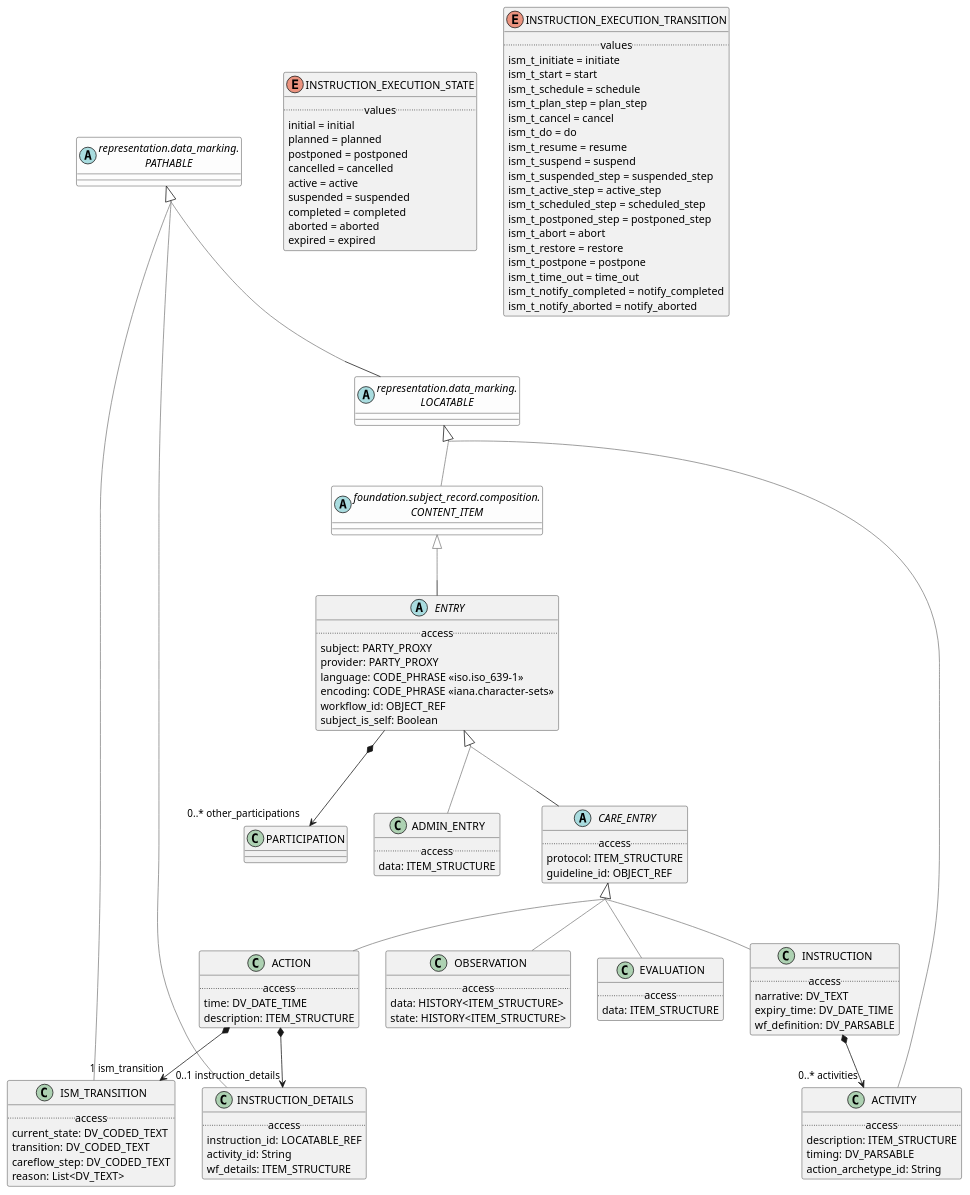
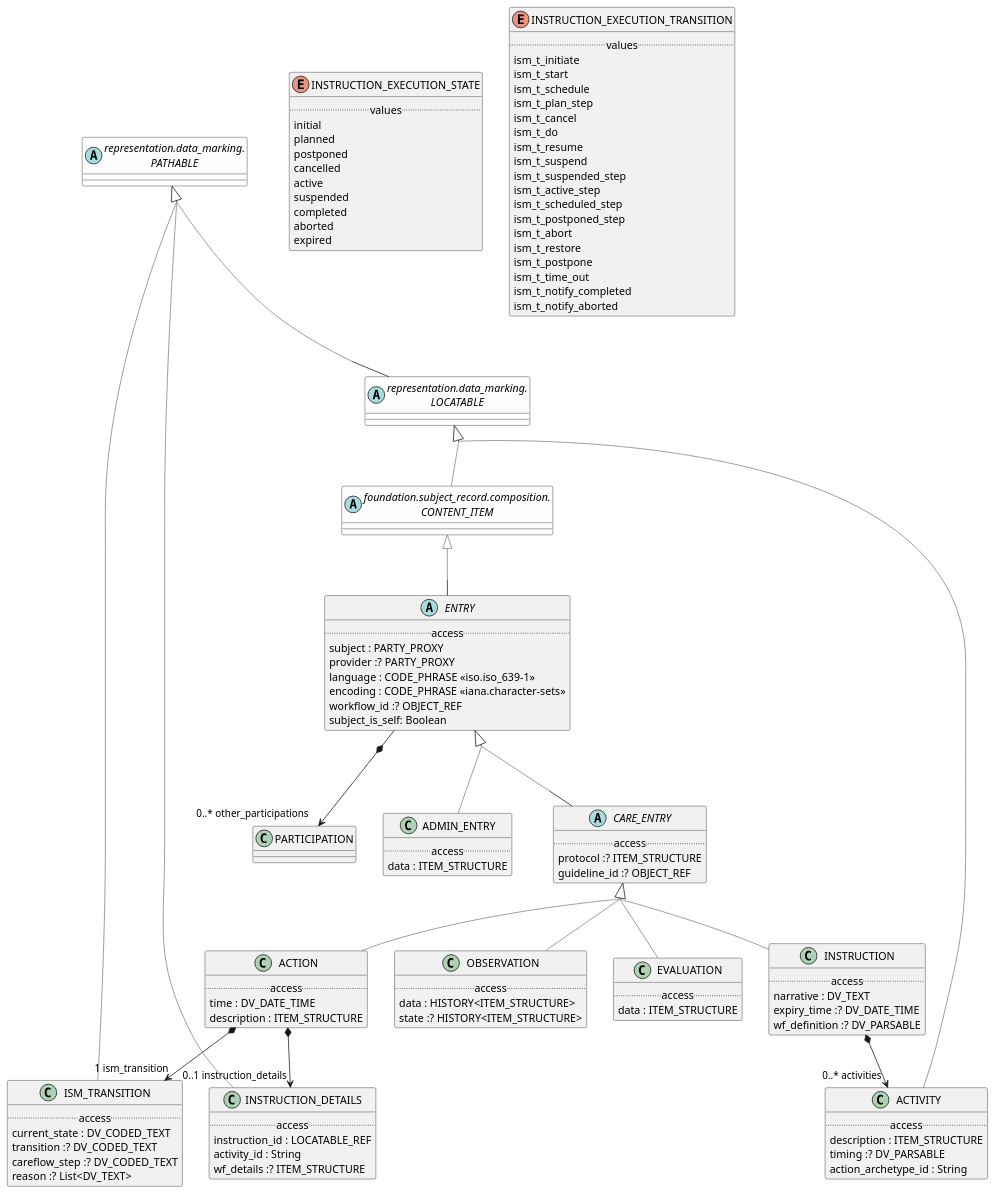
The diagram in modules/ROOT/examples/bmm/foundation/subject_record/statement/statement-package-uml.adoc (wolandscat/openehr-doc), drawn with PlantUML before and after one commit. The commit also changed 1814 other files, not shown here.

```diff
--- a/modules/ROOT/examples/bmm/foundation/subject_record/statement/statement-package-uml.adoc
+++ b/modules/ROOT/examples/bmm/foundation/subject_record/statement/statement-package-uml.adoc
@@ -14,8 +14,8 @@
 
 class OBSERVATION [[/openehr-doc/latest/foundation/subject_record-gen.html#_class_observation]] {
         .. access ..
-        data: HISTORY<ITEM_STRUCTURE>
-        state: HISTORY<ITEM_STRUCTURE>
+        data : HISTORY<ITEM_STRUCTURE>
+        state :? HISTORY<ITEM_STRUCTURE>
 }
 
 OBSERVATION -[#gray]up-|> CARE_ENTRY  
@@ -23,10 +23,10 @@
 
 class ISM_TRANSITION [[/openehr-doc/latest/foundation/subject_record-gen.html#_class_ism_transition]] {
         .. access ..
-        current_state: DV_CODED_TEXT
-        transition: DV_CODED_TEXT
-        careflow_step: DV_CODED_TEXT
-        reason: List<DV_TEXT>
+        current_state : DV_CODED_TEXT
+        transition :? DV_CODED_TEXT
+        careflow_step :? DV_CODED_TEXT
+        reason :? List<DV_TEXT>
 }
 
 ISM_TRANSITION -[#gray]up-|> PATHABLE  
@@ -34,9 +34,9 @@
 
 class ACTIVITY [[/openehr-doc/latest/foundation/subject_record-gen.html#_class_activity]] {
         .. access ..
-        description: ITEM_STRUCTURE
-        timing: DV_PARSABLE
-        action_archetype_id: String
+        description : ITEM_STRUCTURE
+        timing :? DV_PARSABLE
+        action_archetype_id : String
 }
 
 ACTIVITY -[#gray]up-|> LOCATABLE  
@@ -44,22 +44,22 @@
 
 enum INSTRUCTION_EXECUTION_STATE [[/openehr-doc/latest/foundation/subject_record-gen.html#_class_instruction_execution_state]] {
         .. values ..
-        initial = initial
-        planned = planned
-        postponed = postponed
-        cancelled = cancelled
-        active = active
-        suspended = suspended
-        completed = completed
-        aborted = aborted
-        expired = expired
+        initial
+        planned
+        postponed
+        cancelled
+        active
+        suspended
+        completed
+        aborted
+        expired
 }
 
 class INSTRUCTION_DETAILS [[/openehr-doc/latest/foundation/subject_record-gen.html#_class_instruction_details]] {
         .. access ..
-        instruction_id: LOCATABLE_REF
-        activity_id: String
-        wf_details: ITEM_STRUCTURE
+        instruction_id : LOCATABLE_REF
+        activity_id : String
+        wf_details :? ITEM_STRUCTURE
 }
 
 INSTRUCTION_DETAILS -[#gray]up-|> PATHABLE  
@@ -67,29 +67,29 @@
 
 enum INSTRUCTION_EXECUTION_TRANSITION [[/openehr-doc/latest/foundation/subject_record-gen.html#_class_instruction_execution_transition]] {
         .. values ..
-        ism_t_initiate = initiate
-        ism_t_start = start
-        ism_t_schedule = schedule
-        ism_t_plan_step = plan_step
-        ism_t_cancel = cancel
-        ism_t_do = do
-        ism_t_resume = resume
-        ism_t_suspend = suspend
-        ism_t_suspended_step = suspended_step
-        ism_t_active_step = active_step
-        ism_t_scheduled_step = scheduled_step
-        ism_t_postponed_step = postponed_step
-        ism_t_abort = abort
-        ism_t_restore = restore
-        ism_t_postpone = postpone
-        ism_t_time_out = time_out
-        ism_t_notify_completed = notify_completed
-        ism_t_notify_aborted = notify_aborted
+        ism_t_initiate
+        ism_t_start
+        ism_t_schedule
+        ism_t_plan_step
+        ism_t_cancel
+        ism_t_do
+        ism_t_resume
+        ism_t_suspend
+        ism_t_suspended_step
+        ism_t_active_step
+        ism_t_scheduled_step
+        ism_t_postponed_step
+        ism_t_abort
+        ism_t_restore
+        ism_t_postpone
+        ism_t_time_out
+        ism_t_notify_completed
+        ism_t_notify_aborted
 }
 
 class EVALUATION [[/openehr-doc/latest/foundation/subject_record-gen.html#_class_evaluation]] {
         .. access ..
-        data: ITEM_STRUCTURE
+        data : ITEM_STRUCTURE
 }
 
 EVALUATION -[#gray]up-|> CARE_ENTRY  
@@ -97,8 +97,8 @@
 
 abstract class CARE_ENTRY [[/openehr-doc/latest/foundation/subject_record-gen.html#_class_care_entry]] {
         .. access ..
-        protocol: ITEM_STRUCTURE
-        guideline_id: OBJECT_REF
+        protocol :? ITEM_STRUCTURE
+        guideline_id :? OBJECT_REF
 }
 
 CARE_ENTRY -[#gray]up-|> ENTRY  
@@ -106,11 +106,11 @@
 
 abstract class ENTRY [[/openehr-doc/latest/foundation/subject_record-gen.html#_class_entry]] {
         .. access ..
-        subject: PARTY_PROXY
-        provider: PARTY_PROXY
-        language: CODE_PHRASE «iso.iso_639-1»
-        encoding: CODE_PHRASE «iana.character-sets»
-        workflow_id: OBJECT_REF
+        subject : PARTY_PROXY
+        provider :? PARTY_PROXY
+        language : CODE_PHRASE «iso.iso_639-1»
+        encoding : CODE_PHRASE «iana.character-sets»
+        workflow_id :? OBJECT_REF
         subject_is_self: Boolean
 }
 
@@ -121,9 +121,9 @@
 
 class INSTRUCTION [[/openehr-doc/latest/foundation/subject_record-gen.html#_class_instruction]] {
         .. access ..
-        narrative: DV_TEXT
-        expiry_time: DV_DATE_TIME
-        wf_definition: DV_PARSABLE
+        narrative : DV_TEXT
+        expiry_time :? DV_DATE_TIME
+        wf_definition :? DV_PARSABLE
 }
 
 INSTRUCTION -[#gray]up-|> CARE_ENTRY  
@@ -133,8 +133,8 @@
 
 class ACTION [[/openehr-doc/latest/foundation/subject_record-gen.html#_class_action]] {
         .. access ..
-        time: DV_DATE_TIME
-        description: ITEM_STRUCTURE
+        time : DV_DATE_TIME
+        description : ITEM_STRUCTURE
 }
 
 ACTION -[#gray]up-|> CARE_ENTRY  
@@ -146,7 +146,7 @@
 
 class ADMIN_ENTRY [[/openehr-doc/latest/foundation/subject_record-gen.html#_class_admin_entry]] {
         .. access ..
-        data: ITEM_STRUCTURE
+        data : ITEM_STRUCTURE
 }
 
 ADMIN_ENTRY -[#gray]up-|> ENTRY  
```
